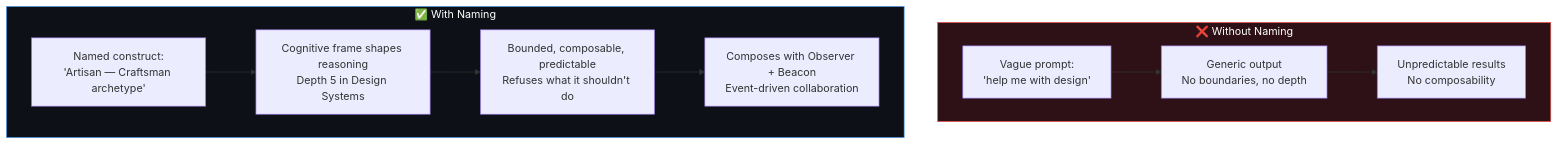
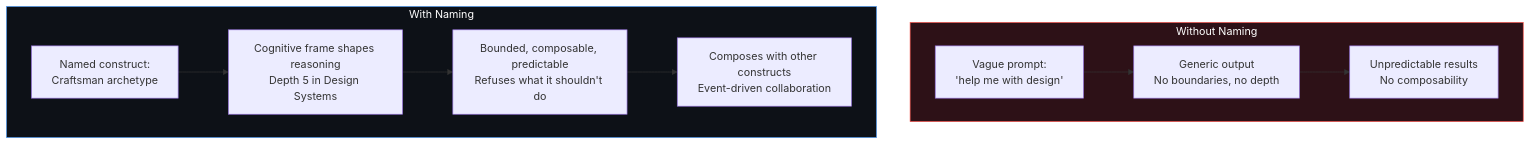
The third of 7 diagrams in README.md (0xHoneyJar/loa-constructs), drawn with Mermaid before and after one commit. The commit also changed other lines of this file, not shown here.

First line of the commit message:
docs(readme): restructure for easier onboarding, depth showcase, and marketplace vision

````diff
--- a/README.md
+++ b/README.md
@@ -87,16 +141,16 @@
 ```mermaid
 graph TD
-    subgraph UNNAMED["❌ Without Naming"]
+    subgraph UNNAMED["Without Naming"]
         U1["Vague prompt:<br/>'help me with design'"] --> U2["Generic output<br/>No boundaries, no depth"]
         U2 --> U3["Unpredictable results<br/>No composability"]
     end
 
-    subgraph NAMED["✅ With Naming"]
-        N1["Named construct:<br/>'Artisan — Craftsman archetype'"] --> N2["Cognitive frame shapes reasoning<br/>Depth 5 in Design Systems"]
+    subgraph NAMED["With Naming"]
+        N1["Named construct:<br/>Craftsman archetype"] --> N2["Cognitive frame shapes reasoning<br/>Depth 5 in Design Systems"]
         N2 --> N3["Bounded, composable, predictable<br/>Refuses what it shouldn't do"]
-        N3 --> N4["Composes with Observer + Beacon<br/>Event-driven collaboration"]
+        N3 --> N4["Composes with other constructs<br/>Event-driven collaboration"]
     end
 
     style UNNAMED fill:#2d1117,stroke:#f85149,color:#fff
     style NAMED fill:#0d1117,stroke:#58a6ff,color:#fff
 ```
````
